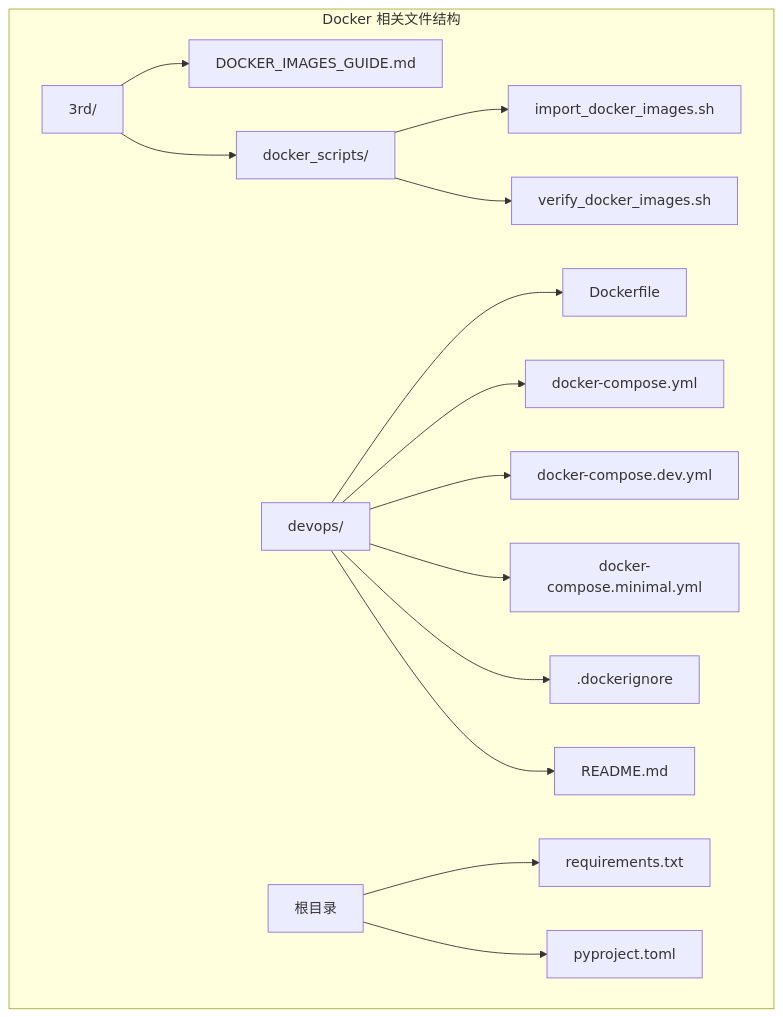
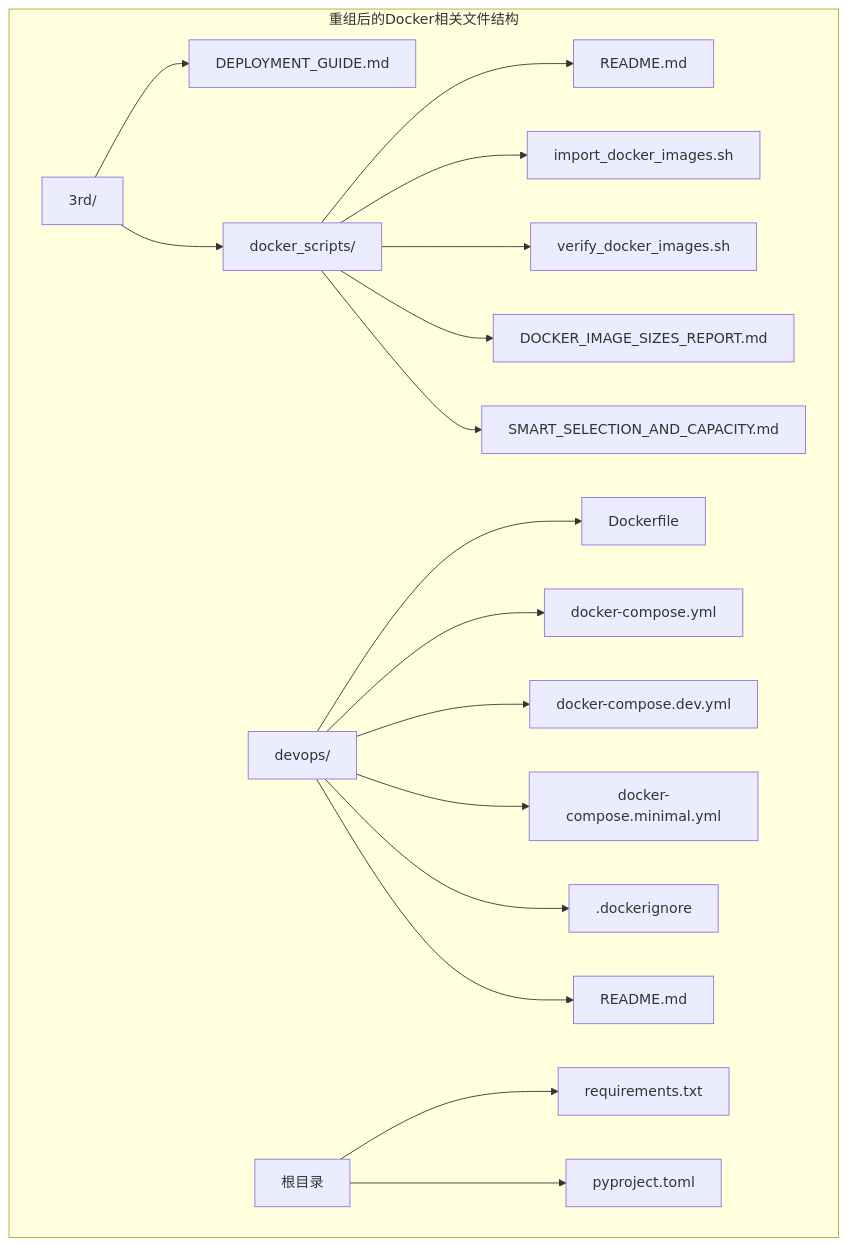
One commit to JieGaoPrinceton/NecoRAG changed the first of 6 diagrams in .qoder/repowiki/zh/content/Docker Images Guide.md. Above: the diagram before and after it, drawn with Mermaid. The commit also changed other lines of this file and 95 other files, not shown here.

````diff
--- a/.qoder/repowiki/zh/content/Docker Images Guide.md
+++ b/.qoder/repowiki/zh/content/Docker Images Guide.md
@@ -40,17 +50,20 @@
 ```mermaid
 graph TB
-subgraph "Docker 相关文件结构"
-A[3rd/] --> B[DOCKER_IMAGES_GUIDE.md]
+subgraph "重组后的Docker相关文件结构"
+A[3rd/] --> B[DEPLOYMENT_GUIDE.md]
 A --> C[docker_scripts/]
-C --> D[import_docker_images.sh]
-C --> E[verify_docker_images.sh]
-F[devops/] --> G[Dockerfile]
-F --> H[docker-compose.yml]
-F --> I[docker-compose.dev.yml]
-F --> J[docker-compose.minimal.yml]
-F --> K[.dockerignore]
-F --> L[README.md]
-M[根目录] --> N[requirements.txt]
-M --> O[pyproject.toml]
+C --> D[README.md]
+C --> E[import_docker_images.sh]
+C --> F[verify_docker_images.sh]
+C --> G[DOCKER_IMAGE_SIZES_REPORT.md]
+C --> H[SMART_SELECTION_AND_CAPACITY.md]
+I[devops/] --> J[Dockerfile]
+I --> K[docker-compose.yml]
+I --> L[docker-compose.dev.yml]
+I --> M[docker-compose.minimal.yml]
+I --> N[.dockerignore]
+I --> O[README.md]
+P[根目录] --> Q[requirements.txt]
+P --> R[pyproject.toml]
 end
 ```
````
